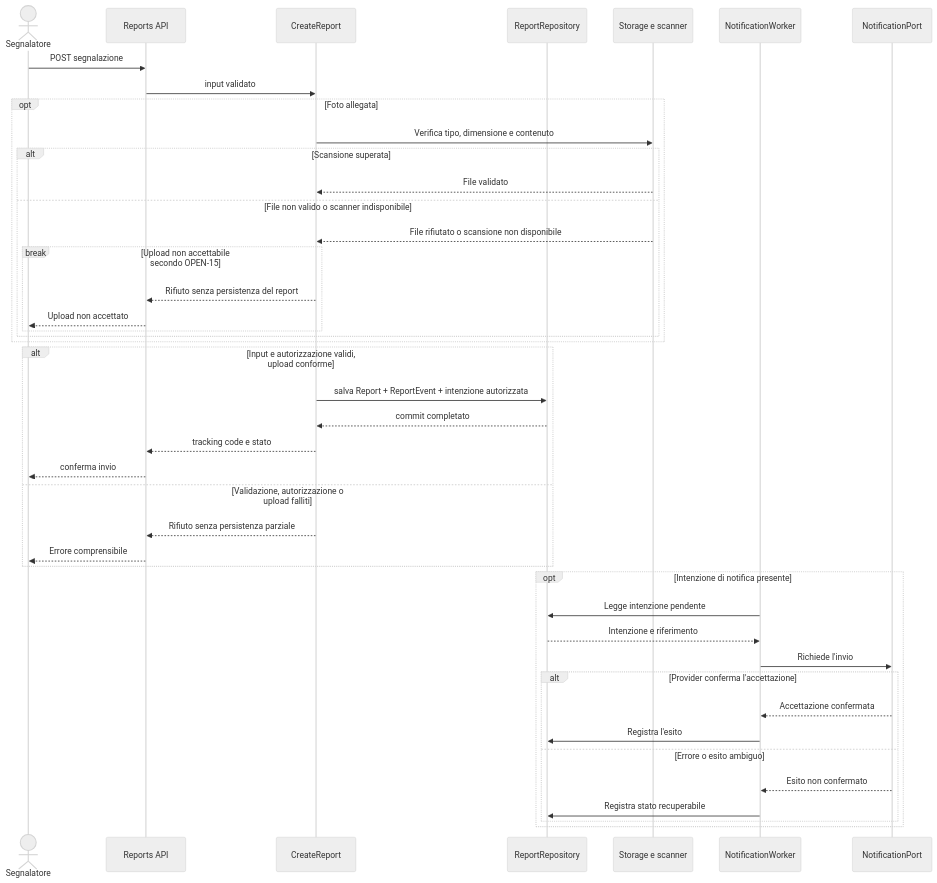
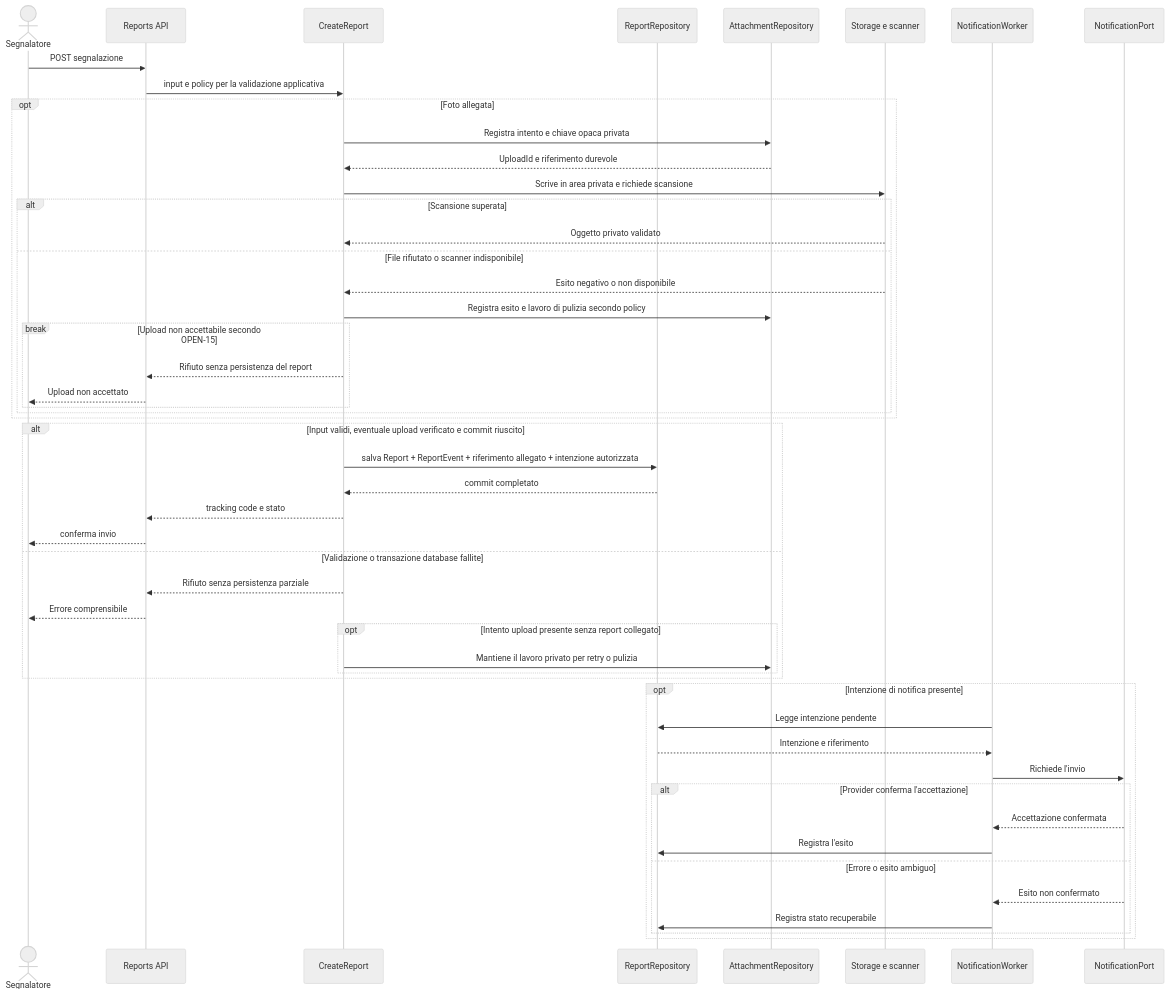
The fifth of 9 diagrams in docs/RAD.md (andreaplini/aegis), drawn with Mermaid (neutral theme) before and after one commit. The commit also changed other lines of this file and 5 other files, not shown here.

````diff
--- a/docs/RAD.md
+++ b/docs/RAD.md
@@ -502,46 +513,53 @@
 ```mermaid
 sequenceDiagram
   accDescr: L'API salva segnalazione, evento e intenzione di notifica autorizzata in modo atomico. Un worker invia la notifica dopo il commit e registra gli esiti.
   actor S as Segnalatore
   participant API as Reports API
   participant UC as CreateReport
   participant Repo as ReportRepository
+  participant Attach as AttachmentRepository
   participant Upload as Storage e scanner
   participant W as NotificationWorker
   participant N as NotificationPort
   S->>API: POST segnalazione
-  API->>UC: input validato
+  API->>UC: input e policy per la validazione applicativa
   opt Foto allegata
-    UC->>Upload: Verifica tipo, dimensione e contenuto
+    UC->>Attach: Registra intento e chiave opaca privata
+    Attach-->>UC: UploadId e riferimento durevole
+    UC->>Upload: Scrive in area privata e richiede scansione
     alt Scansione superata
-      Upload-->>UC: File validato
-    else File non valido o scanner indisponibile
-      Upload-->>UC: File rifiutato o scansione non disponibile
+      Upload-->>UC: Oggetto privato validato
+    else File rifiutato o scanner indisponibile
+      Upload-->>UC: Esito negativo o non disponibile
+      UC->>Attach: Registra esito e lavoro di pulizia secondo policy
       break Upload non accettabile secondo OPEN-15
         UC-->>API: Rifiuto senza persistenza del report
         API-->>S: Upload non accettato
       end
     end
   end
-  alt Input e autorizzazione validi, upload conforme
-    UC->>Repo: salva Report + ReportEvent + intenzione autorizzata
+  alt Input validi, eventuale upload verificato e commit riuscito
+    UC->>Repo: salva Report + ReportEvent + riferimento allegato + intenzione autorizzata
     Repo-->>UC: commit completato
     UC-->>API: tracking code e stato
     API-->>S: conferma invio
-  else Validazione, autorizzazione o upload falliti
+  else Validazione o transazione database fallite
     UC-->>API: Rifiuto senza persistenza parziale
     API-->>S: Errore comprensibile
+    opt Intento upload presente senza report collegato
+      UC->>Attach: Mantiene il lavoro privato per retry o pulizia
+    end
   end
   opt Intenzione di notifica presente
     W->>Repo: Legge intenzione pendente
     Repo-->>W: Intenzione e riferimento
     W->>N: Richiede l'invio
     alt Provider conferma l'accettazione
       N-->>W: Accettazione confermata
       W->>Repo: Registra l'esito
     else Errore o esito ambiguo
       N-->>W: Esito non confermato
       W->>Repo: Registra stato recuperabile
     end
   end
 ```
````
